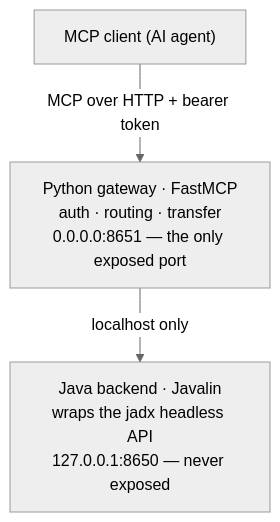
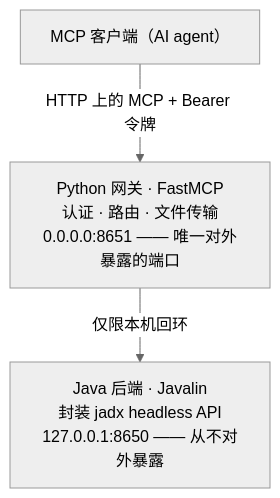
The diagram in README.zh-CN.md (xjoker/delamain), drawn with Mermaid (neutral theme) before and after one commit. The commit also changed other lines of this file and 1 other file, not shown here.

Commit message:
docs: add status badges (release/CI/image/CLI) + localize zh-CN mermaid

````diff
--- a/README.zh-CN.md
+++ b/README.zh-CN.md
@@ -58,8 +63,8 @@
 ```mermaid
 flowchart TD
-    client["MCP client (AI agent)"]
-    gateway["Python gateway · FastMCP<br/>auth · routing · transfer<br/>0.0.0.0:8651 — the only exposed port"]
-    backend["Java backend · Javalin<br/>wraps the jadx headless API<br/>127.0.0.1:8650 — never exposed"]
-    client -->|"MCP over HTTP + bearer token"| gateway
-    gateway -->|"localhost only"| backend
+    client["MCP 客户端（AI agent）"]
+    gateway["Python 网关 · FastMCP<br/>认证 · 路由 · 文件传输<br/>0.0.0.0:8651 —— 唯一对外暴露的端口"]
+    backend["Java 后端 · Javalin<br/>封装 jadx headless API<br/>127.0.0.1:8650 —— 从不对外暴露"]
+    client -->|"HTTP 上的 MCP + Bearer 令牌"| gateway
+    gateway -->|"仅限本机回环"| backend
 ```
````
